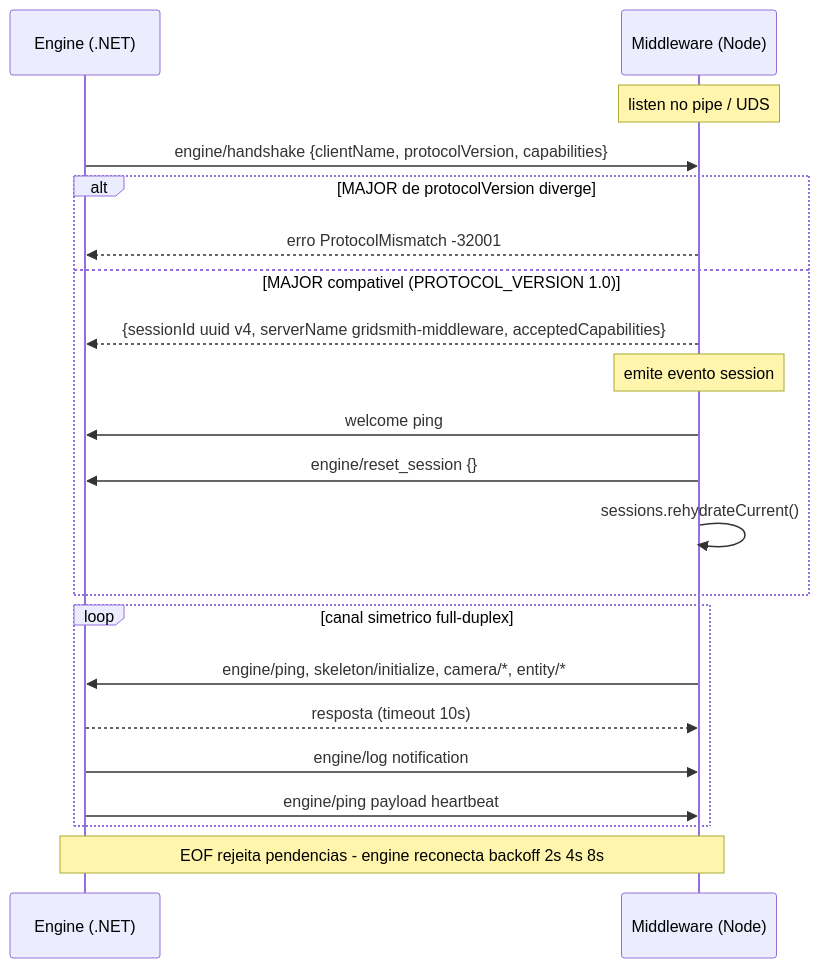
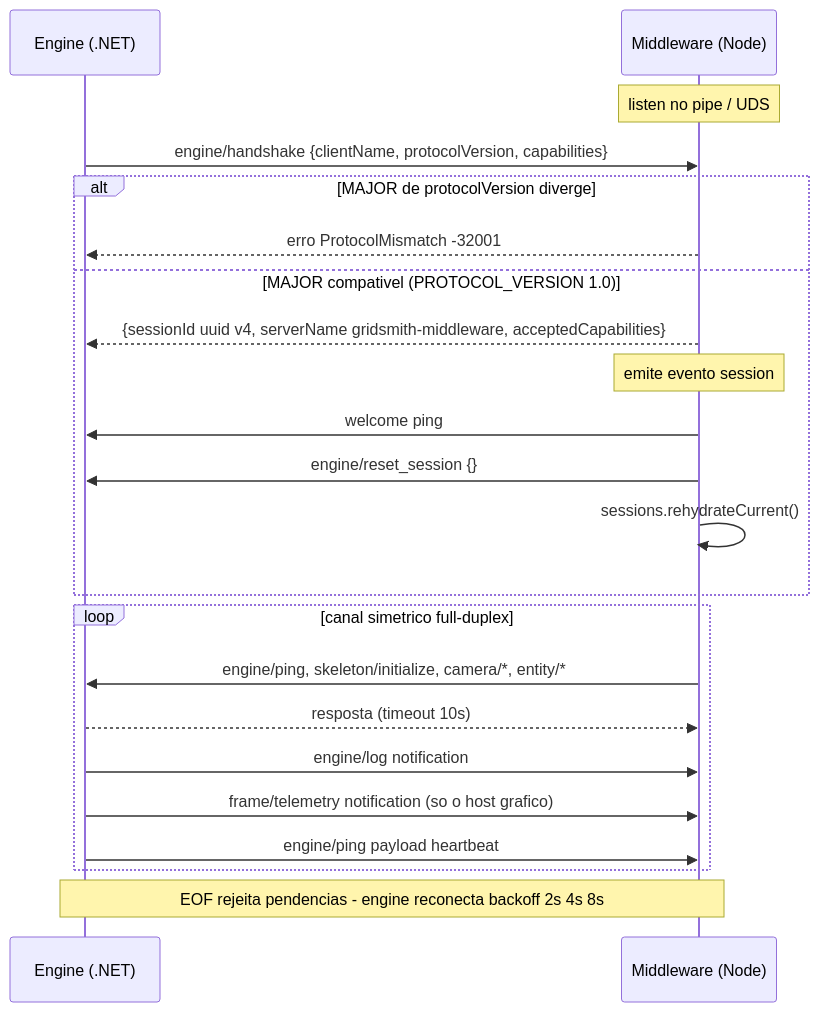
Before and after one commit to flaviotinococoutinho/Gridsmith: the third of 4 diagrams in middleware/README.md, drawn with Mermaid. The commit also changed 26 other files, not shown here.

````diff
--- a/middleware/README.md
+++ b/middleware/README.md
@@ -100,23 +100,24 @@
   ```mermaid
   sequenceDiagram
     participant E as Engine (.NET)
     participant M as Middleware (Node)
     Note over M: listen no pipe / UDS
     E->>M: engine/handshake {clientName, protocolVersion, capabilities}
     alt MAJOR de protocolVersion diverge
       M-->>E: erro ProtocolMismatch -32001
     else MAJOR compativel (PROTOCOL_VERSION 1.0)
       M-->>E: {sessionId uuid v4, serverName gridsmith-middleware, acceptedCapabilities}
       Note over M: emite evento session
       M->>E: welcome ping
       M->>E: engine/reset_session {}
       M->>M: sessions.rehydrateCurrent()
     end
     loop canal simetrico full-duplex
       M->>E: engine/ping, skeleton/initialize, camera/*, entity/*
       E-->>M: resposta (timeout 10s)
       E->>M: engine/log notification
+      E->>M: frame/telemetry notification (so o host grafico)
       E->>M: engine/ping payload heartbeat
     end
     Note over E,M: EOF rejeita pendencias - engine reconecta backoff 2s 4s 8s
   ```
````
